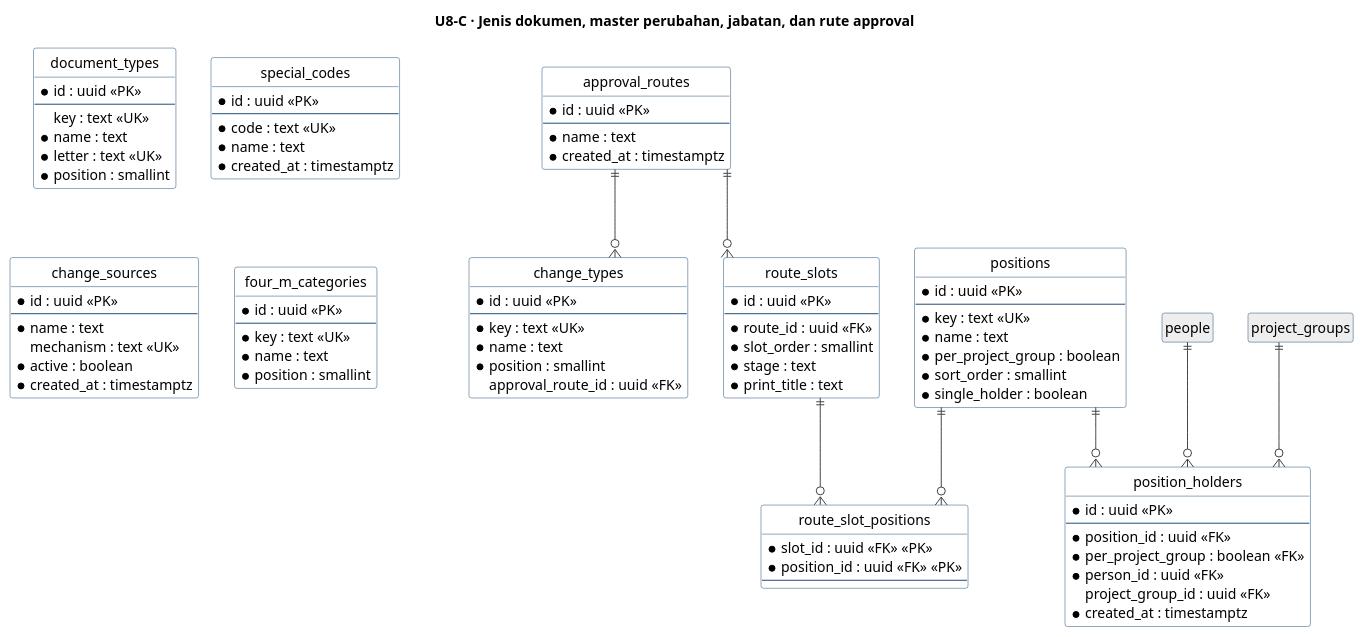
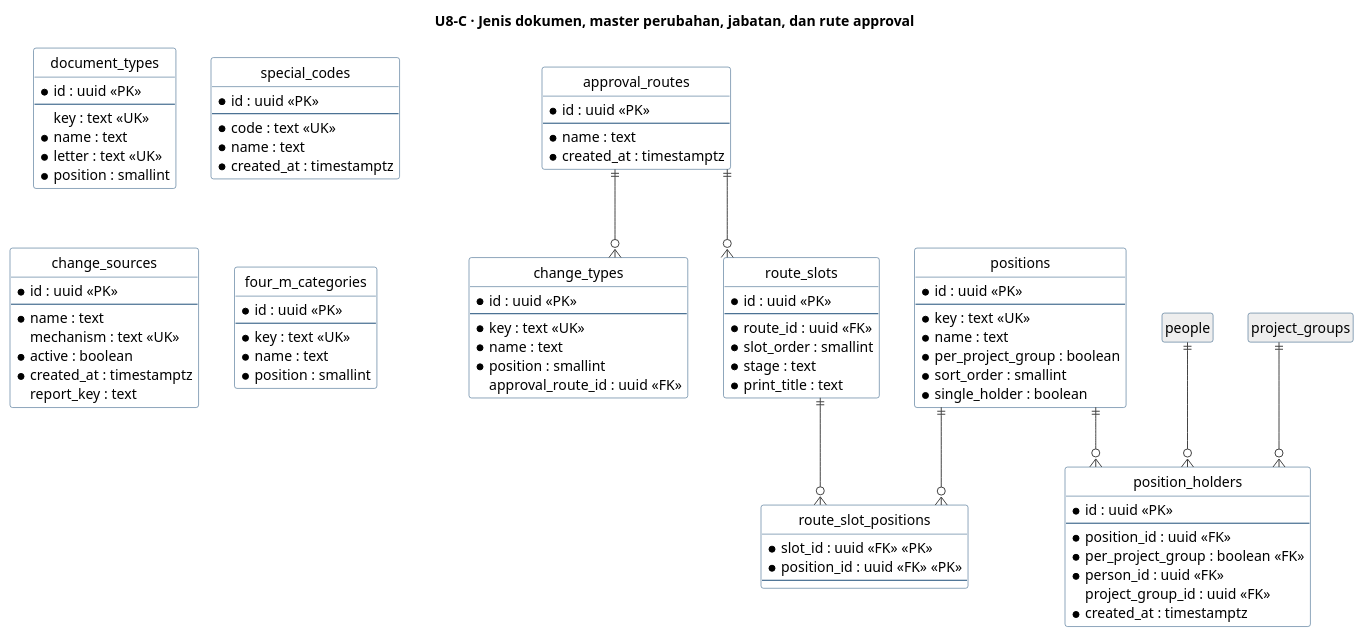
Before and after one commit to dkpauzi/revioten: the third of 10 diagrams in docs/uml/U8-erd.puml, drawn with PlantUML. The commit also changed other lines of this file and 105 other files, not shown here.

```diff
--- a/docs/uml/U8-erd.puml
+++ b/docs/uml/U8-erd.puml
@@ -231,108 +235,109 @@
 @startuml U8-C-perubahan-dan-rute
 hide circle
 hide empty members
 skinparam linetype ortho
 skinparam shadowing false
 skinparam ArrowColor #444444
 skinparam ClassBorderColor #1F4E79
 skinparam ClassBackgroundColor #FFFFFF
 
 title U8-C · Jenis dokumen, master perubahan, jabatan, dan rute approval
 
 entity "document_types" as document_types {
   * id : uuid <<PK>>
   --
   key : text <<UK>>
   * name : text
   * letter : text <<UK>>
   * position : smallint
 }
 
 entity "special_codes" as special_codes {
   * id : uuid <<PK>>
   --
   * code : text <<UK>>
   * name : text
   * created_at : timestamptz
 }
 
 entity "change_types" as change_types {
   * id : uuid <<PK>>
   --
   * key : text <<UK>>
   * name : text
   * position : smallint
   approval_route_id : uuid <<FK>>
 }
 
 entity "change_sources" as change_sources {
   * id : uuid <<PK>>
   --
   * name : text
   mechanism : text <<UK>>
   * active : boolean
   * created_at : timestamptz
+  report_key : text
 }
 
 entity "four_m_categories" as four_m_categories {
   * id : uuid <<PK>>
   --
   * key : text <<UK>>
   * name : text
   * position : smallint
 }
 
 entity "positions" as positions {
   * id : uuid <<PK>>
   --
   * key : text <<UK>>
   * name : text
   * per_project_group : boolean
   * sort_order : smallint
   * single_holder : boolean
 }
 
 entity "position_holders" as position_holders {
   * id : uuid <<PK>>
   --
   * position_id : uuid <<FK>>
   * per_project_group : boolean <<FK>>
   * person_id : uuid <<FK>>
   project_group_id : uuid <<FK>>
   * created_at : timestamptz
 }
 
 entity "approval_routes" as approval_routes {
   * id : uuid <<PK>>
   --
   * name : text
   * created_at : timestamptz
 }
 
 entity "route_slots" as route_slots {
   * id : uuid <<PK>>
   --
   * route_id : uuid <<FK>>
   * slot_order : smallint
   * stage : text
   * print_title : text
 }
 
 entity "route_slot_positions" as route_slot_positions {
   * slot_id : uuid <<FK>> <<PK>>
   * position_id : uuid <<FK>> <<PK>>
   --
 }
 
 entity "people" as people #EEEEEE
 entity "project_groups" as project_groups #EEEEEE
 
 approval_routes ||--o{ change_types
 people ||--o{ position_holders
 positions ||--o{ position_holders
 project_groups ||--o{ position_holders
 positions ||--o{ route_slot_positions
 route_slots ||--o{ route_slot_positions
 approval_routes ||--o{ route_slots
 
 @enduml
```
